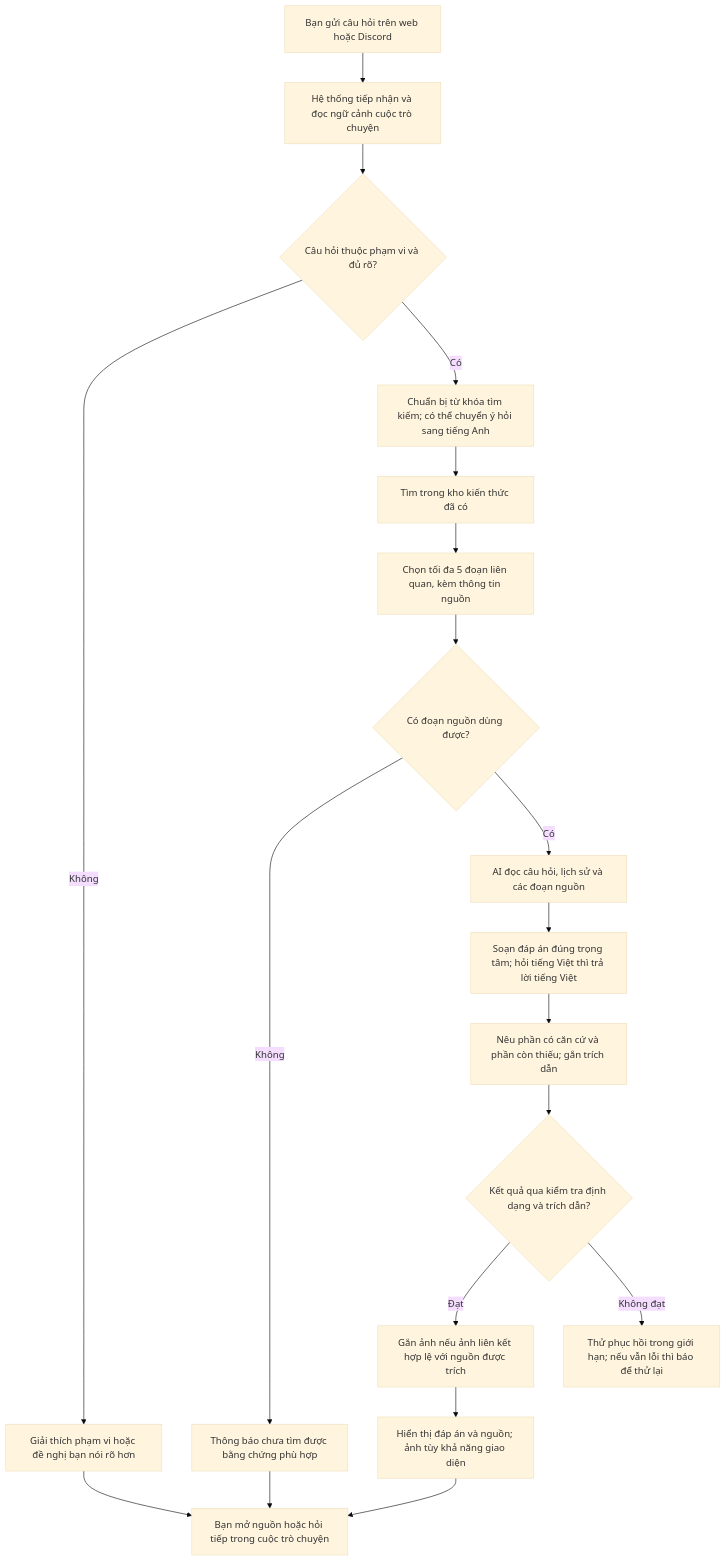
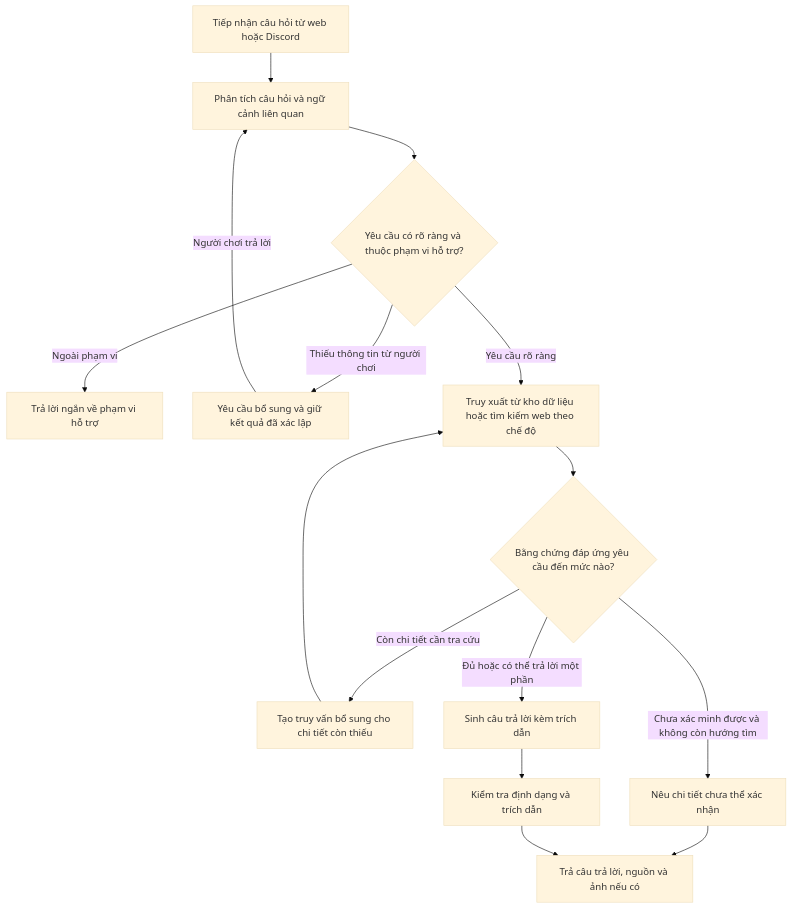
The first of 4 diagrams in docs/indexbeast-system-pipeline.md (HoanBuCon/Index-Beast), drawn with Mermaid (base theme) before and after one commit. The commit also changed other lines of this file, not shown here.

````diff
--- a/docs/indexbeast-system-pipeline.md
+++ b/docs/indexbeast-system-pipeline.md
@@ -51,33 +9,17 @@
 ```mermaid
 graph TD
-    Q1["Bạn gửi câu hỏi trên web hoặc Discord"]
-    Q2["Hệ thống tiếp nhận và đọc ngữ cảnh cuộc trò chuyện"]
-    Q3{"Câu hỏi thuộc phạm vi và đủ rõ?"}
-    Q4["Giải thích phạm vi hoặc đề nghị bạn nói rõ hơn"]
-    Q5["Chuẩn bị từ khóa tìm kiếm; có thể chuyển ý hỏi sang tiếng Anh"]
-    Q6["Tìm trong kho kiến thức đã có"]
-    Q7["Chọn tối đa 5 đoạn liên quan, kèm thông tin nguồn"]
-    Q8{"Có đoạn nguồn dùng được?"}
-    Q9["Thông báo chưa tìm được bằng chứng phù hợp"]
-    Q10["AI đọc câu hỏi, lịch sử và các đoạn nguồn"]
-    Q11["Soạn đáp án đúng trọng tâm; hỏi tiếng Việt thì trả lời tiếng Việt"]
-    Q12["Nêu phần có căn cứ và phần còn thiếu; gắn trích dẫn"]
-    Q13{"Kết quả qua kiểm tra định dạng và trích dẫn?"}
-    Q14["Gắn ảnh nếu ảnh liên kết hợp lệ với nguồn được trích"]
-    Q15["Hiển thị đáp án và nguồn; ảnh tùy khả năng giao diện"]
-    Q16["Bạn mở nguồn hoặc hỏi tiếp trong cuộc trò chuyện"]
-    Q17["Thử phục hồi trong giới hạn; nếu vẫn lỗi thì báo để thử lại"]
-
-    Q1 --> Q2 --> Q3
-    Q3 -->|"Không"| Q4
-    Q3 -->|"Có"| Q5
-    Q5 --> Q6 --> Q7 --> Q8
-    Q8 -->|"Không"| Q9
-    Q8 -->|"Có"| Q10
-    Q10 --> Q11 --> Q12 --> Q13
-    Q13 -->|"Đạt"| Q14
-    Q13 -->|"Không đạt"| Q17
-    Q14 --> Q15 --> Q16
-    Q4 --> Q16
-    Q9 --> Q16
+    A["Tiếp nhận câu hỏi từ web hoặc Discord"] --> B["Phân tích câu hỏi và ngữ cảnh liên quan"]
+    B --> C{"Yêu cầu có rõ ràng và thuộc phạm vi hỗ trợ?"}
+    C -->|"Ngoài phạm vi"| X["Trả lời ngắn về phạm vi hỗ trợ"]
+    C -->|"Thiếu thông tin từ người chơi"| D["Yêu cầu bổ sung và giữ kết quả đã xác lập"]
+    D -->|"Người chơi trả lời"| B
+    C -->|"Yêu cầu rõ ràng"| E["Truy xuất từ kho dữ liệu hoặc tìm kiếm web theo chế độ"]
+    E --> F{"Bằng chứng đáp ứng yêu cầu đến mức nào?"}
+    F -->|"Còn chi tiết cần tra cứu"| G["Tạo truy vấn bổ sung cho chi tiết còn thiếu"]
+    G --> E
+    F -->|"Đủ hoặc có thể trả lời một phần"| H["Sinh câu trả lời kèm trích dẫn"]
+    F -->|"Chưa xác minh được và không còn hướng tìm"| Y["Nêu chi tiết chưa thể xác nhận"]
+    Y --> J
+    H --> I["Kiểm tra định dạng và trích dẫn"]
+    I --> J["Trả câu trả lời, nguồn và ảnh nếu có"]
 ```
````
